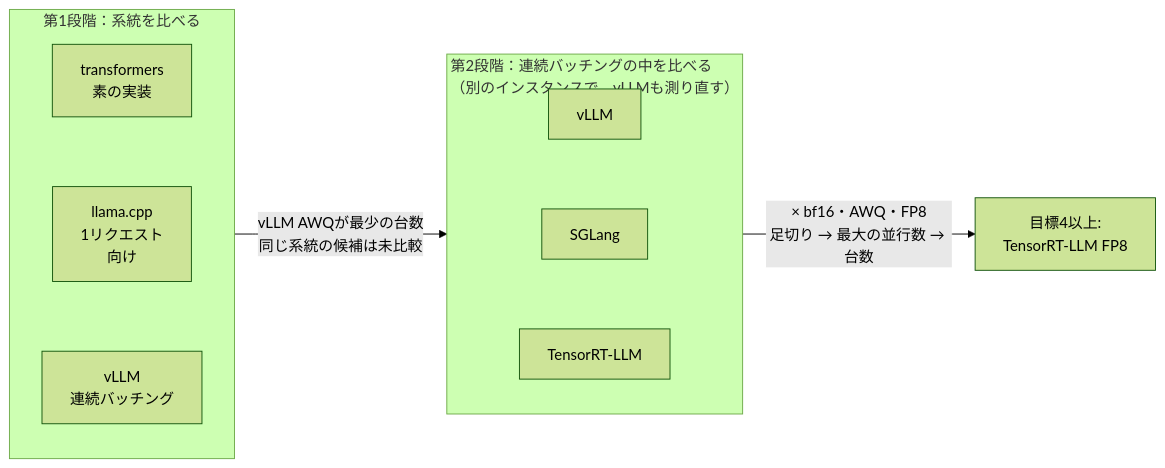
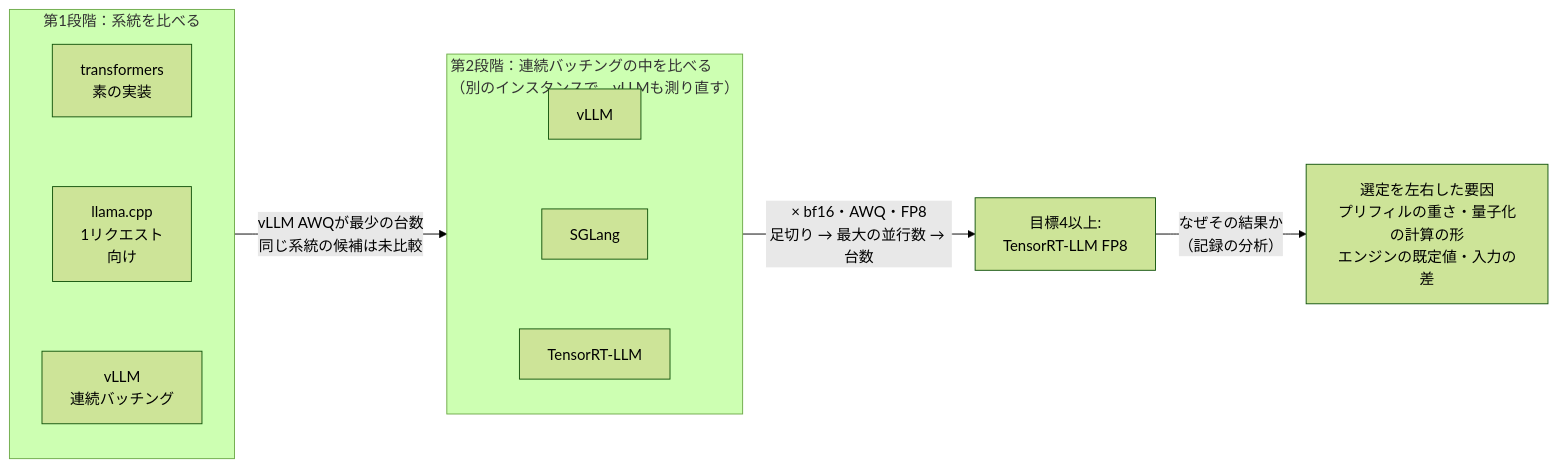
One commit to yuya0408/toolcall-serving-bench changed the diagram in README.md. Above: the diagram before and after it, drawn with Mermaid (forest theme). The commit also changed other lines of this file and 4 other files, not shown here.

````diff
--- a/README.md
+++ b/README.md
@@ -12,19 +10,20 @@
 ```mermaid
 flowchart LR
     subgraph S1["第1段階：系統を比べる"]
         direction TB
         T["transformers<br/>素の実装"]
         L["llama.cpp<br/>1リクエスト<br/>向け"]
         V1["vLLM<br/>連続バッチング"]
         T ~~~ L ~~~ V1
     end
     subgraph S2["第2段階：連続バッチングの中を比べる<br/>（別のインスタンスで、vLLMも測り直す）"]
         direction TB
         V2["vLLM"]
         SG["SGLang"]
         TR["TensorRT-LLM"]
         V2 ~~~ SG ~~~ TR
     end
     S1 -->|"vLLM AWQが最少の台数<br/>同じ系統の候補は未比較"| S2
     S2 -->|"× bf16・AWQ・FP8<br/>足切り → 最大の並行数 → 台数"| D["目標4以上:<br/>TensorRT-LLM FP8"]
+    D -->|"なぜその結果か<br/>（記録の分析）"| K["選定を左右した要因<br/>プリフィルの重さ・量子化の計算の形<br/>エンジンの既定値・入力の差"]
 ```
````
